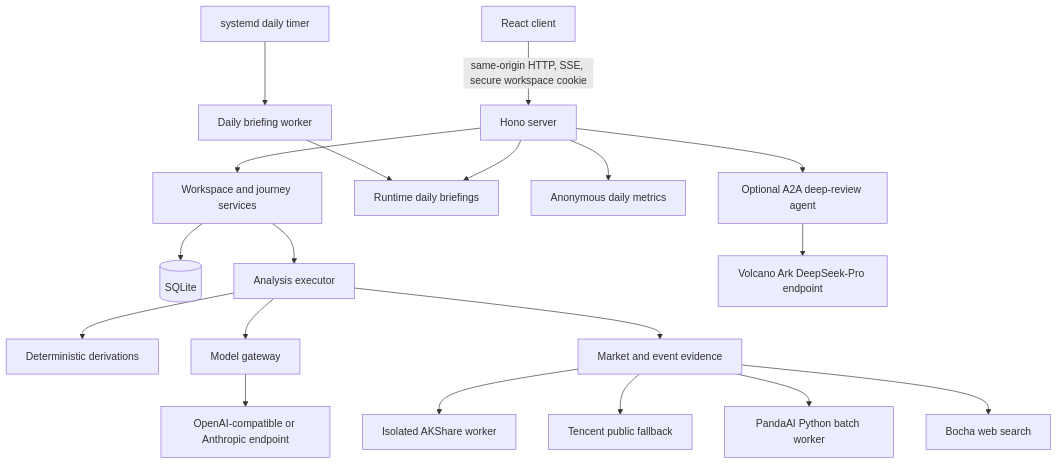
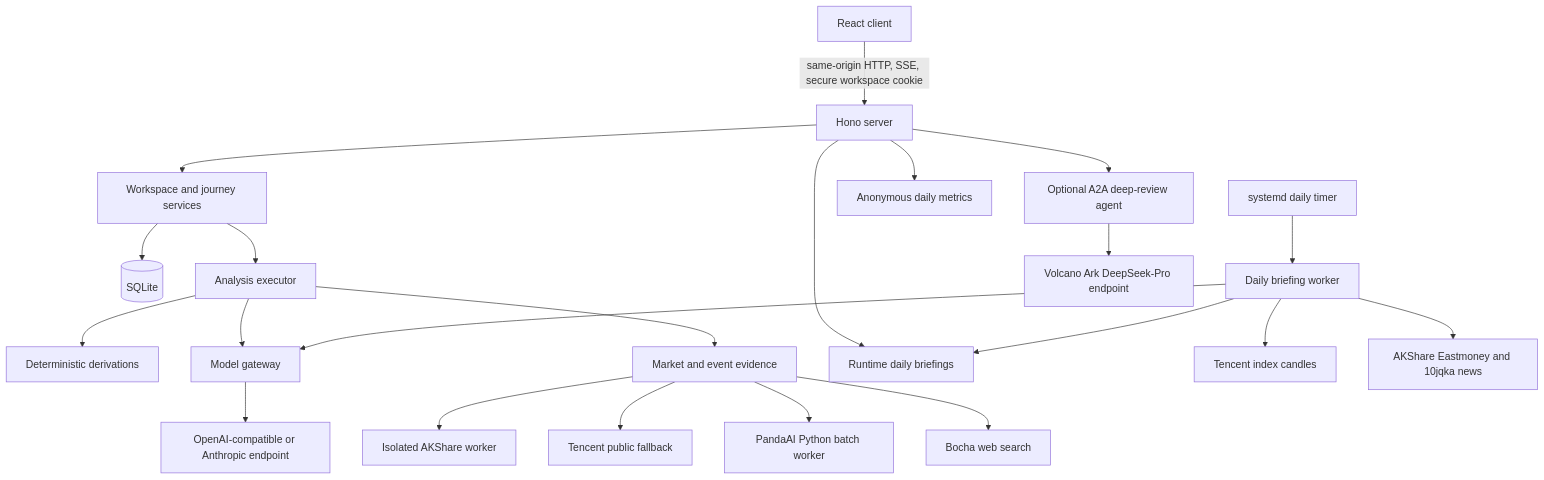
The diagram in docs/architecture.md (FinLens-team/Mandune), drawn with Mermaid before and after one commit. The commit also changed other lines of this file and 28 other files, not shown here.

````diff
--- a/docs/architecture.md
+++ b/docs/architecture.md
@@ -9,21 +9,24 @@
 ```mermaid
 flowchart TB
   Browser[React client] -->|same-origin HTTP, SSE, secure workspace cookie| Hono[Hono server]
   Hono --> Workspace[Workspace and journey services]
   Workspace --> SQLite[(SQLite)]
   Workspace --> Analysis[Analysis executor]
   Analysis --> Derivations[Deterministic derivations]
   Analysis --> Gateway[Model gateway]
   Analysis --> Evidence[Market and event evidence]
   Gateway --> Models[OpenAI-compatible or Anthropic endpoint]
   Evidence --> AKShare[Isolated AKShare worker]
   Evidence --> Tencent[Tencent public fallback]
   Evidence --> Panda[PandaAI Python batch worker]
   Evidence --> Bocha[Bocha web search]
   Hono --> Briefing[Runtime daily briefings]
   BriefingTimer[systemd daily timer] --> BriefingWorker[Daily briefing worker]
   BriefingWorker --> Briefing
+  BriefingWorker --> TencentBriefing[Tencent index candles]
+  BriefingWorker --> NewsAdapters[AKShare Eastmoney and 10jqka news]
+  BriefingWorker --> Gateway
   Hono --> Metrics[Anonymous daily metrics]
   Hono --> A2A[Optional A2A deep-review agent]
   A2A --> Ark[Volcano Ark DeepSeek-Pro endpoint]
 ```
````
